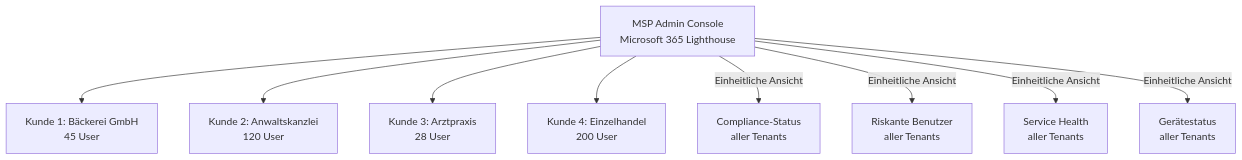
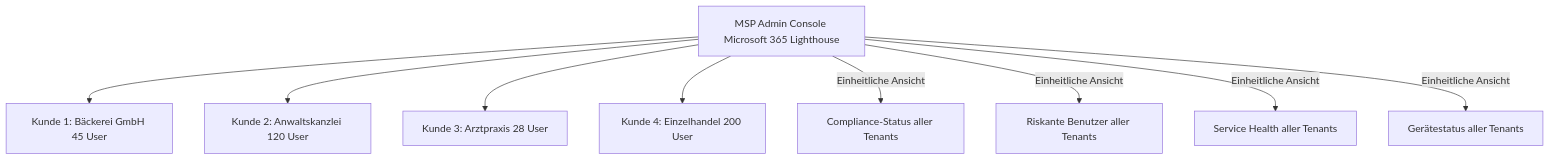
One commit to SoniiiT/notes-n-docs changed the diagram in Microsoft 365/Intune Suite/Microsoft 365 Lighthouse.md. Above: the diagram before and after it, drawn with Mermaid. The commit also changed 124 other files, not shown here.

First line of the commit message:
fix: Entferne \n aus allen Mermaid-Diagrammen (125 Dateien)

````diff
--- a/Microsoft 365/Intune Suite/Microsoft 365 Lighthouse.md
+++ b/Microsoft 365/Intune Suite/Microsoft 365 Lighthouse.md
@@ -33,12 +33,12 @@
 ```mermaid
 graph TD
-    MSP[MSP Admin Console\nMicrosoft 365 Lighthouse] --> T1[Kunde 1: Bäckerei GmbH\n45 User]
-    MSP --> T2[Kunde 2: Anwaltskanzlei\n120 User]
-    MSP --> T3[Kunde 3: Arztpraxis\n28 User]
-    MSP --> T4[Kunde 4: Einzelhandel\n200 User]
+    MSP[MSP Admin Console Microsoft 365 Lighthouse] --> T1[Kunde 1: Bäckerei GmbH 45 User]
+    MSP --> T2[Kunde 2: Anwaltskanzlei 120 User]
+    MSP --> T3[Kunde 3: Arztpraxis 28 User]
+    MSP --> T4[Kunde 4: Einzelhandel 200 User]
     
-    MSP -->|Einheitliche Ansicht| COMPLIANCE[Compliance-Status\naller Tenants]
-    MSP -->|Einheitliche Ansicht| RISKY[Riskante Benutzer\naller Tenants]
-    MSP -->|Einheitliche Ansicht| HEALTH[Service Health\naller Tenants]
-    MSP -->|Einheitliche Ansicht| DEVICES[Gerätestatus\naller Tenants]
+    MSP -->|Einheitliche Ansicht| COMPLIANCE[Compliance-Status aller Tenants]
+    MSP -->|Einheitliche Ansicht| RISKY[Riskante Benutzer aller Tenants]
+    MSP -->|Einheitliche Ansicht| HEALTH[Service Health aller Tenants]
+    MSP -->|Einheitliche Ansicht| DEVICES[Gerätestatus aller Tenants]
 ```
````
